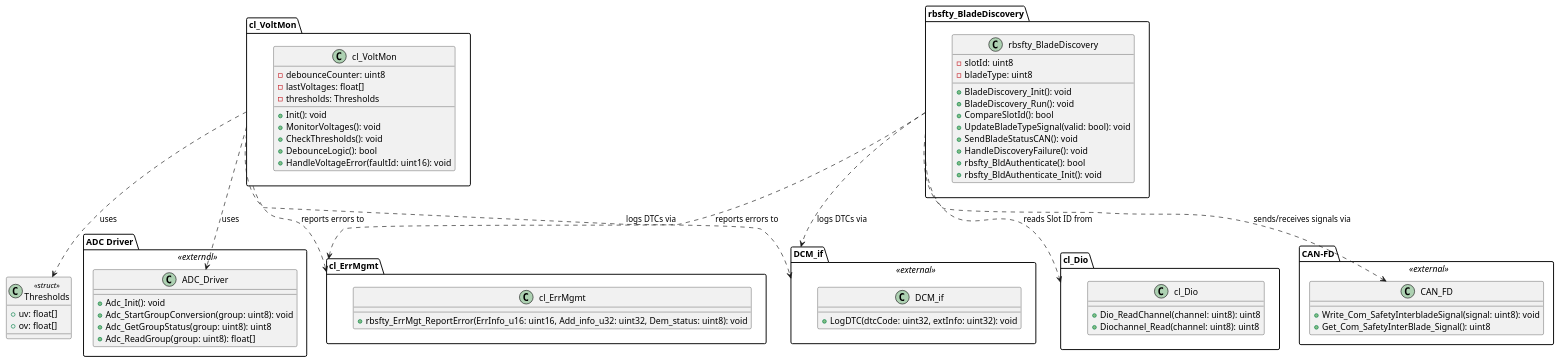
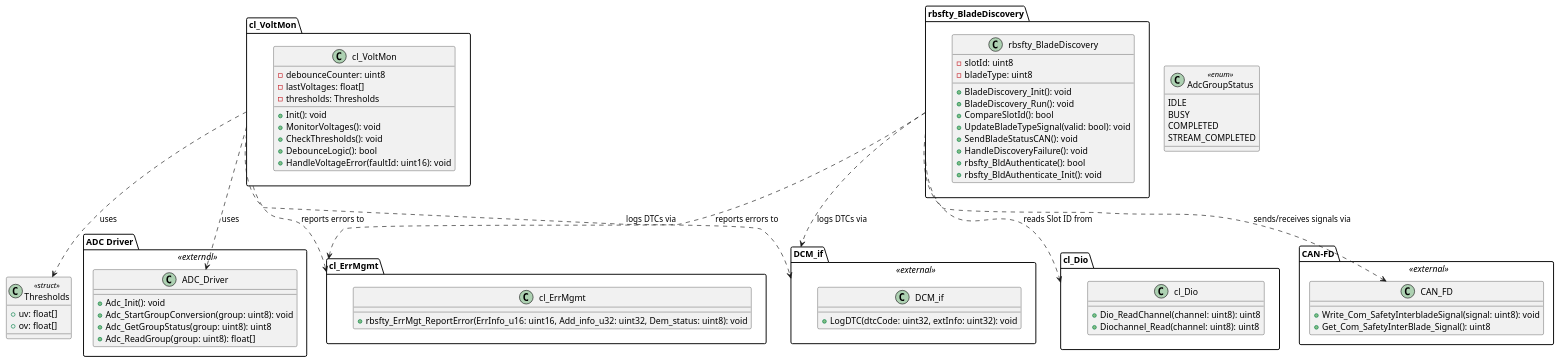
Before and after one commit to balajirajan87/Rhaosody_pluggin_GenAI: the diagram in puml-parser-py/data/samples/classdiagram_13.puml, drawn with PlantUML. The commit also changed 4 other files, not shown here.

```diff
--- a/puml-parser-py/data/samples/classdiagram_13.puml
+++ b/puml-parser-py/data/samples/classdiagram_13.puml
@@ -1,82 +1,89 @@
 @startuml
 ' Packages represent SW Components
 package "cl_VoltMon" {
     class cl_VoltMon {
         - debounceCounter: uint8
         - lastVoltages: float[]
         - thresholds: Thresholds
         + Init(): void
         + MonitorVoltages(): void
         + CheckThresholds(): void
         + DebounceLogic(): bool
         + HandleVoltageError(faultId: uint16): void
     }
 }
  
 package "cl_ErrMgmt" {
     class cl_ErrMgmt {
         + rbsfty_ErrMgt_ReportError(ErrInfo_u16: uint16, Add_info_u32: uint32, Dem_status: uint8): void
     }
 }
  
 package "cl_Dio" {
     class cl_Dio {
         + Dio_ReadChannel(channel: uint8): uint8
         + Diochannel_Read(channel: uint8): uint8
     }
 }
  
 package "rbsfty_BladeDiscovery" {
     class rbsfty_BladeDiscovery {
         - slotId: uint8
         - bladeType: uint8
         + BladeDiscovery_Init(): void
         + BladeDiscovery_Run(): void
         + CompareSlotId(): bool
         + UpdateBladeTypeSignal(valid: bool): void
         + SendBladeStatusCAN(): void
         + HandleDiscoveryFailure(): void
         + rbsfty_BldAuthenticate(): bool
         + rbsfty_BldAuthenticate_Init(): void
     }
 }
  
 package "DCM_if" <<external>> {
     class DCM_if {
         + LogDTC(dtcCode: uint32, extInfo: uint32): void
     }
 }
  
 package "CAN-FD" <<external>> {
     class CAN_FD {
         + Write_Com_SafetyInterbladeSignal(signal: uint8): void
         + Get_Com_SafetyInterBlade_Signal(): uint8
     }
 }
  
 package "ADC Driver" <<external>> {
     class ADC_Driver {
         + Adc_Init(): void
         + Adc_StartGroupConversion(group: uint8): void
         + Adc_GetGroupStatus(group: uint8): uint8
         + Adc_ReadGroup(group: uint8): float[]
     }
 }
  
 ' Data structure for thresholds (not a class, but shown for clarity)
 class Thresholds <<struct>> {
     + uv: float[]
     + ov: float[]
 }
+
+class AdcGroupStatus <<enum>>{
+    IDLE
+    BUSY
+    COMPLETED
+    STREAM_COMPLETED
+}
  
 ' Relationships
 cl_VoltMon ..> ADC_Driver : uses
 cl_VoltMon ..> cl_ErrMgmt : reports errors to
 cl_VoltMon ..> DCM_if : logs DTCs via
 cl_VoltMon ..> Thresholds : uses
 rbsfty_BladeDiscovery ..> cl_Dio : reads Slot ID from
 rbsfty_BladeDiscovery ..> CAN_FD : sends/receives signals via
 rbsfty_BladeDiscovery ..> DCM_if : logs DTCs via
 rbsfty_BladeDiscovery ..> cl_ErrMgmt : reports errors to
  
 @enduml
```
